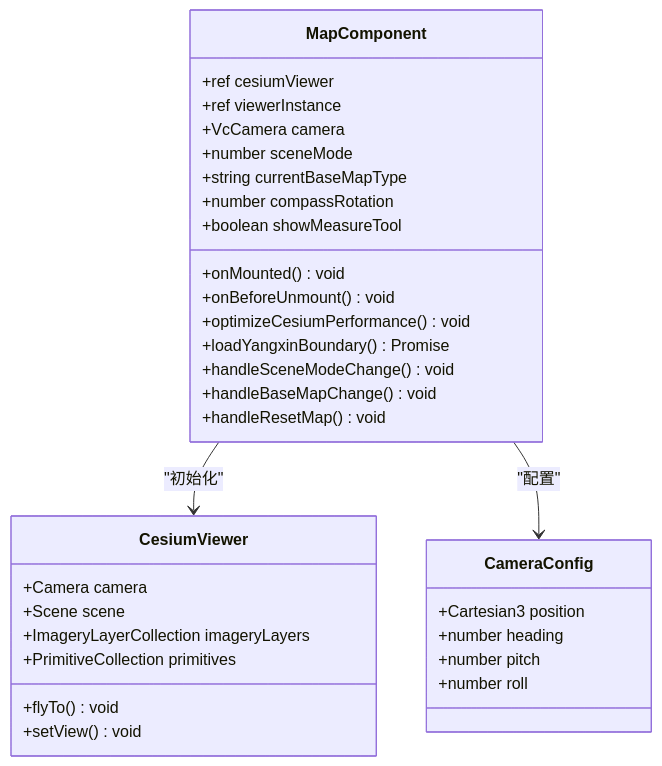
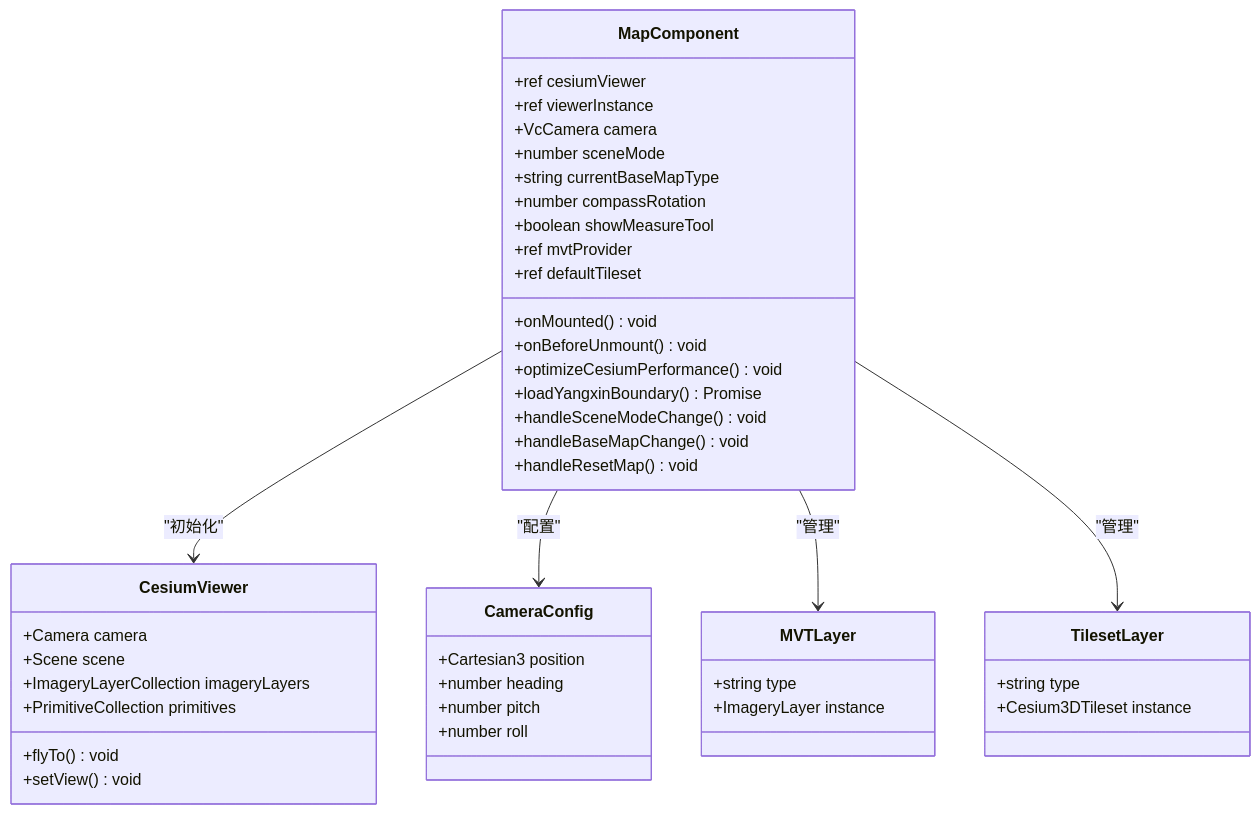
One commit to zhibo1997/government-dashboard changed the second of 16 diagrams in .qoder/repowiki/zh/content/核心组件架构/地图组件.md. Above: the diagram before and after it, drawn with Mermaid. The commit also changed other lines of this file and 28 other files, not shown here.

````diff
--- a/.qoder/repowiki/zh/content/核心组件架构/地图组件.md
+++ b/.qoder/repowiki/zh/content/核心组件架构/地图组件.md
@@ -75,35 +98,47 @@
 ```mermaid
 classDiagram
 class MapComponent {
 +ref cesiumViewer
 +ref viewerInstance
 +VcCamera camera
 +number sceneMode
 +string currentBaseMapType
 +number compassRotation
 +boolean showMeasureTool
++ref mvtProvider
++ref defaultTileset
 +onMounted() void
 +onBeforeUnmount() void
 +optimizeCesiumPerformance() void
 +loadYangxinBoundary() Promise
 +handleSceneModeChange() void
 +handleBaseMapChange() void
 +handleResetMap() void
 }
 class CesiumViewer {
 +Camera camera
 +Scene scene
 +ImageryLayerCollection imageryLayers
 +PrimitiveCollection primitives
 +flyTo() void
 +setView() void
 }
 class CameraConfig {
 +Cartesian3 position
 +number heading
 +number pitch
 +number roll
 }
+class MVTLayer {
++string type
++ImageryLayer instance
+}
+class TilesetLayer {
++string type
++Cesium3DTileset instance
+}
 MapComponent --> CesiumViewer : "初始化"
 MapComponent --> CameraConfig : "配置"
+MapComponent --> MVTLayer : "管理"
+MapComponent --> TilesetLayer : "管理"
 ```
````
